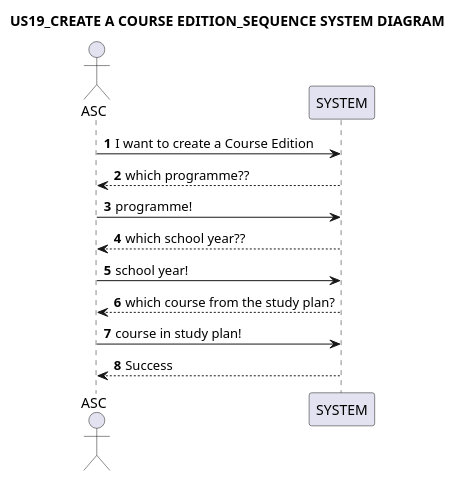
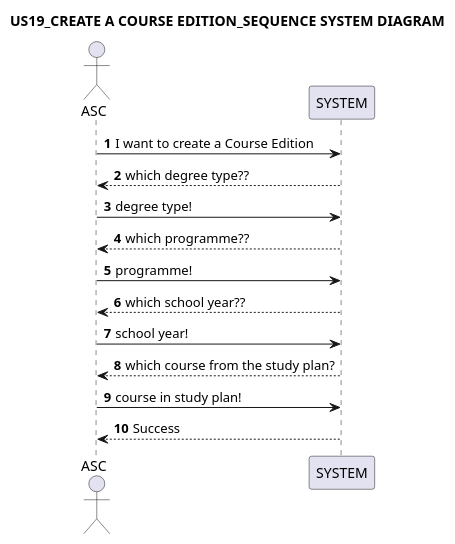
Before and after one commit to GasparISEP/DevOps-PAI: the diagram in docs/US19/US19_CreateCourseEdition_SSD.puml, drawn with PlantUML.

Commit message:
doc(ssd): refactor interaction with system in US19 (refs #61)

```diff
--- a/docs/US19/US19_CreateCourseEdition_SSD.puml
+++ b/docs/US19/US19_CreateCourseEdition_SSD.puml
@@ -1,17 +1,19 @@
 @startuml
 title: US19_CREATE A COURSE EDITION_SEQUENCE SYSTEM DIAGRAM
 autonumber
 
 actor ASC
 participant SYSTEM
 ASC -> SYSTEM:  I want to create a Course Edition
+SYSTEM --> ASC -- : which degree type??
+ASC -> SYSTEM:  degree type!
 SYSTEM --> ASC -- : which programme??
 ASC -> SYSTEM: programme!
 SYSTEM --> ASC -- : which school year??
 ASC -> SYSTEM: school year!
 SYSTEM --> ASC -- : which course from the study plan?
 ASC -> SYSTEM: course in study plan!
 SYSTEM --> ASC --: Success
 
 
 @enduml
```
